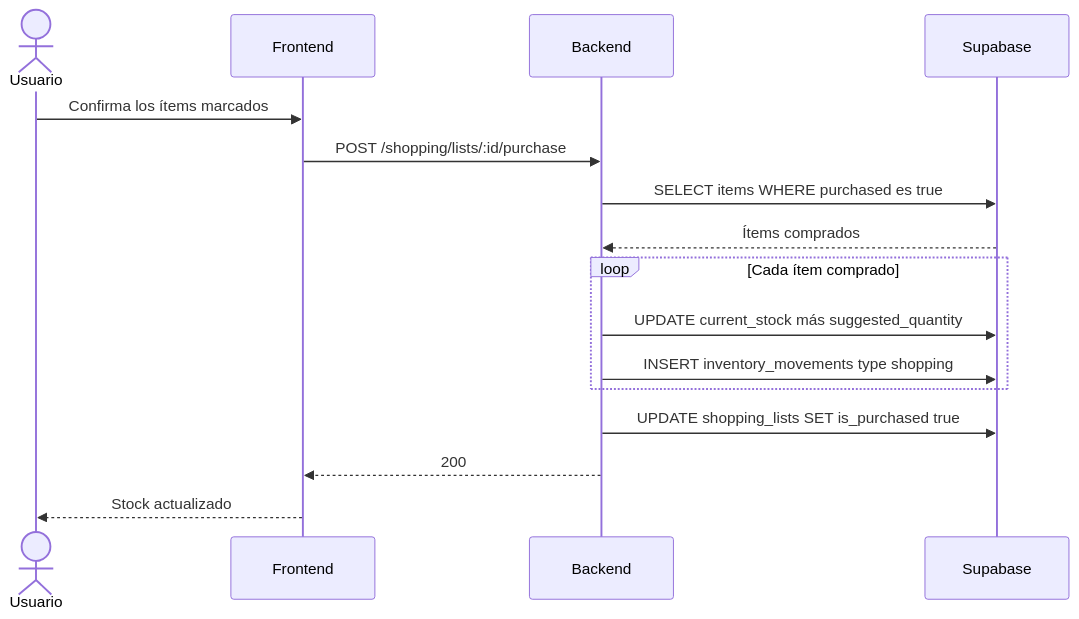
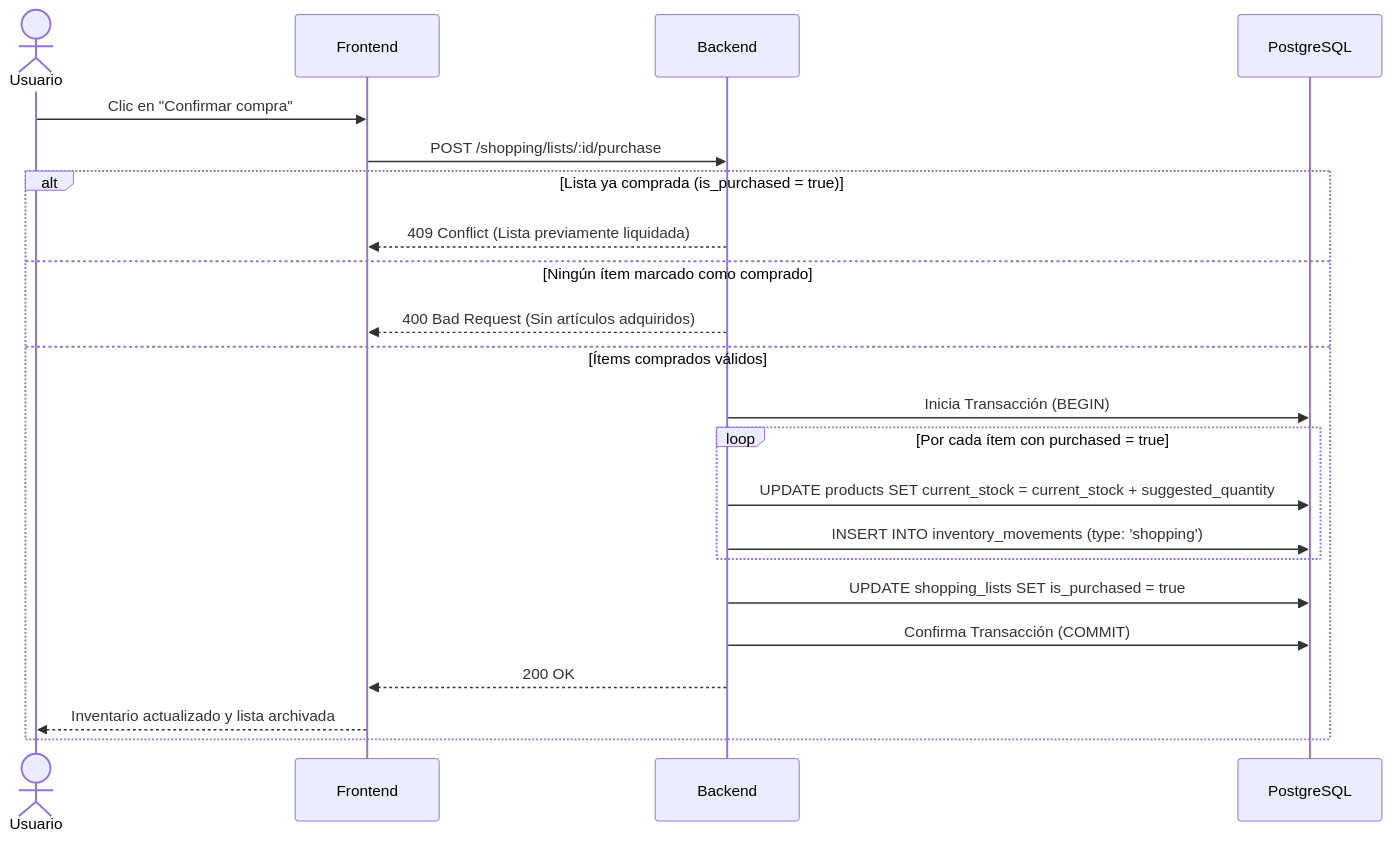
One commit to AlejandroPedrosa/Nido-SmartHome changed the sixth of 8 diagrams in docs/modulos.md. Above: the diagram before and after it, drawn with Mermaid. The commit also changed other lines of this file and 8 other files, not shown here.

````diff
--- a/docs/modulos.md
+++ b/docs/modulos.md
@@ -508,21 +562,26 @@
 ```mermaid
 sequenceDiagram
     actor U as Usuario
     participant F as Frontend
     participant B as Backend
-    participant DB as Supabase
+    participant DB as PostgreSQL
 
-    U->>F: Confirma los ítems marcados
+    U->>F: Clic en "Confirmar compra"
     F->>B: POST /shopping/lists/:id/purchase
-    B->>DB: SELECT items WHERE purchased es true
-    DB-->>B: Ítems comprados
-
-    loop Cada ítem comprado
-        B->>DB: UPDATE current_stock más suggested_quantity
-        B->>DB: INSERT inventory_movements type shopping
+    
+    alt Lista ya comprada (is_purchased = true)
+        B-->>F: 409 Conflict (Lista previamente liquidada)
+    else Ningún ítem marcado como comprado
+        B-->>F: 400 Bad Request (Sin artículos adquiridos)
+    else Ítems comprados válidos
+        B->>DB: Inicia Transacción (BEGIN)
+        loop Por cada ítem con purchased = true
+            B->>DB: UPDATE products SET current_stock = current_stock + suggested_quantity
+            B->>DB: INSERT INTO inventory_movements (type: 'shopping')
+        end
+        B->>DB: UPDATE shopping_lists SET is_purchased = true
+        B->>DB: Confirma Transacción (COMMIT)
+        B-->>F: 200 OK
+        F-->>U: Inventario actualizado y lista archivada
     end
-
-    B->>DB: UPDATE shopping_lists SET is_purchased true
-    B-->>F: 200
-    F-->>U: Stock actualizado
 ```
````
